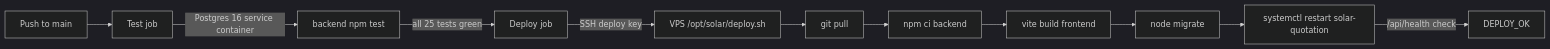
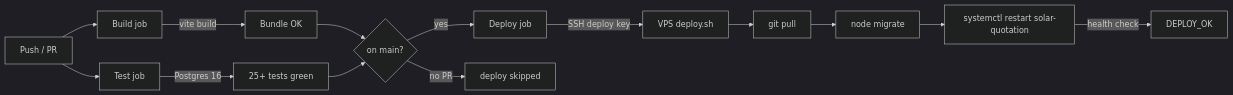
Before and after one commit to Ahmed-30-ux/solar-quotation-os: the diagram in README.md, drawn with Mermaid (dark theme). The commit also changed other lines of this file and 1 other file, not shown here.

Commit message:
ci: three-stage pipeline (build - test - deploy) with test report summary

````diff
--- a/README.md
+++ b/README.md
@@ -161,11 +161,15 @@
 ```mermaid
 flowchart LR
-    Push[Push to main] --> Test[Test job]
-    Test -->|Postgres 16 service container| npm[backend npm test]
-    npm -->|all 25 tests green| Deploy[Deploy job]
-    Deploy -->|SSH deploy key| VPS[VPS /opt/solar/deploy.sh]
-    VPS --> Git[git pull] --> NpmCI[npm ci backend]
-    NpmCI --> Vite[vite build frontend]
-    Vite --> Migrate[node migrate] --> Restart[systemctl restart solar-quotation]
-    Restart -->|/api/health check| Done[DEPLOY_OK]
+    Push[Push / PR] --> B[Build job]
+    Push --> T[Test job]
+    B -->|vite build| ok[Bundle OK]
+    T -->|Postgres 16| tests[25+ tests green]
+    ok --> D{on main?}
+    tests --> D
+    D -->|yes| Deploy[Deploy job]
+    D -->|no PR| Skip[deploy skipped]
+    Deploy -->|SSH deploy key| VPS[VPS deploy.sh]
+    VPS --> Git[git pull] --> Migrate[node migrate]
+    Migrate --> Restart[systemctl restart solar-quotation]
+    Restart -->|health check| Done[DEPLOY_OK]
 ```
````
